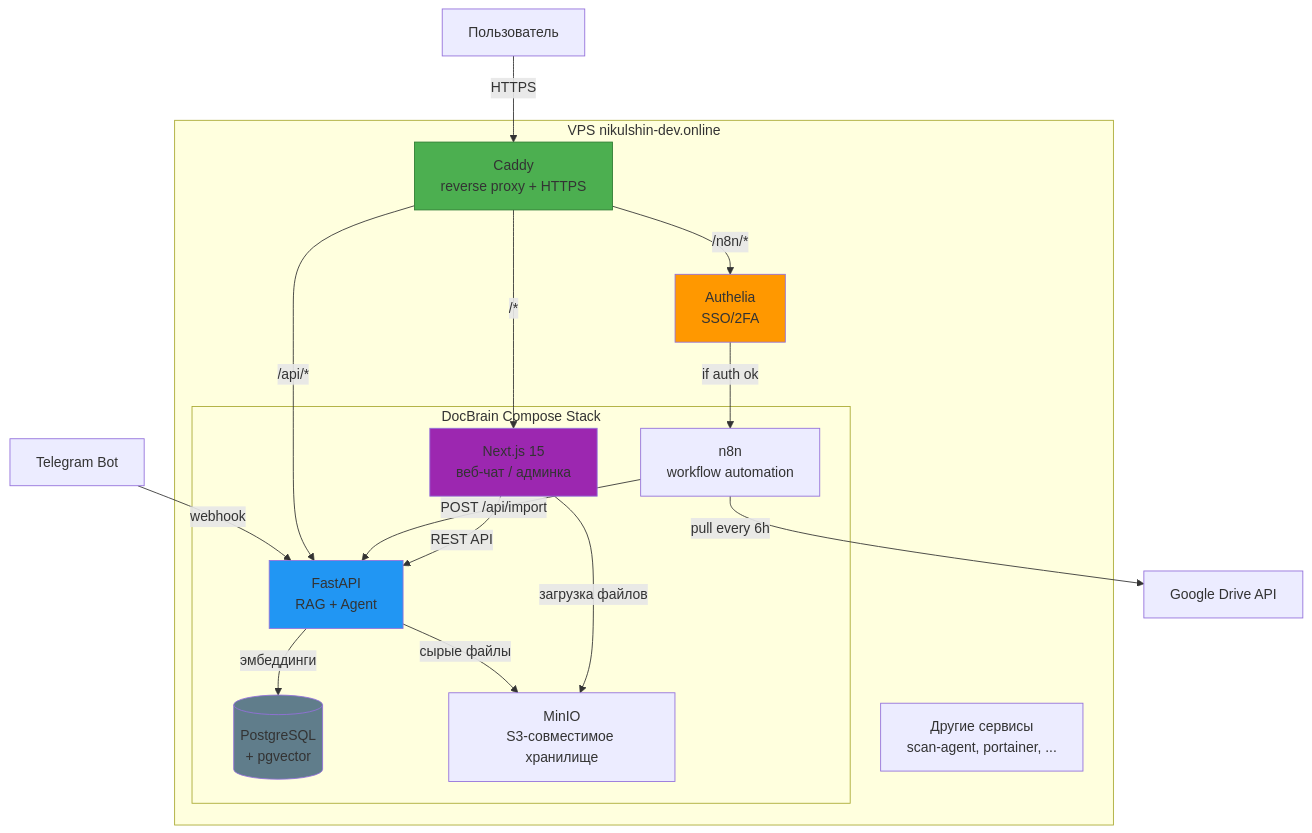
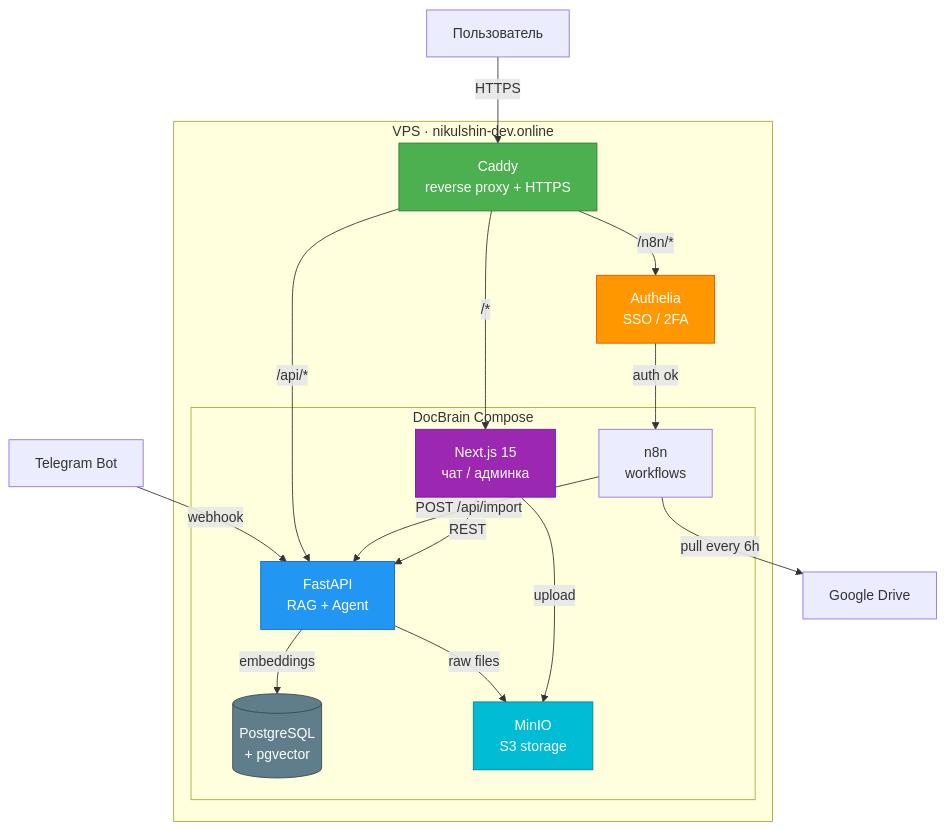
The diagram in README.md (DNikulshin/docbrain), drawn with Mermaid before and after one commit. The commit also changed other lines of this file, not shown here.

````diff
--- a/README.md
+++ b/README.md
@@ -20,37 +52,35 @@
 ```mermaid
 graph TB
-    subgraph VPS [VPS nikulshin-dev.online]
-        Caddy[Caddy<br/>reverse proxy + HTTPS]
-        Authelia[Authelia<br/>SSO/2FA]
+    subgraph VPS ["VPS · nikulshin-dev.online"]
+        Caddy["Caddy<br/>reverse proxy + HTTPS"]
+        Authelia["Authelia<br/>SSO / 2FA"]
 
-        subgraph DocBrain [DocBrain Compose Stack]
-            Backend[FastAPI<br/>RAG + Agent]
-            Web[Next.js 15<br/>веб-чат / админка]
-            N8N[n8n<br/>workflow automation]
-            DB[(PostgreSQL<br/>+ pgvector)]
-            MinIO[MinIO<br/>S3-совместимое хранилище]
+        subgraph Stack ["DocBrain Compose"]
+            Backend["FastAPI<br/>RAG + Agent"]
+            Web["Next.js 15<br/>чат / админка"]
+            N8N["n8n<br/>workflows"]
+            DB[("PostgreSQL<br/>+ pgvector")]
+            MinIO["MinIO<br/>S3 storage"]
         end
-
-        Existing[Другие сервисы<br/>scan-agent, portainer, ...]
     end
 
-    TG[Telegram Bot] -->|webhook| Backend
-    User[Пользователь] -->|HTTPS| Caddy
+    TG["Telegram Bot"] -->|webhook| Backend
+    User["Пользователь"] -->|HTTPS| Caddy
     Caddy -->|/api/*| Backend
     Caddy -->|/*| Web
     Caddy -->|/n8n/*| Authelia
-    Authelia -->|if auth ok| N8N
-    N8N -->|pull every 6h| GDrive[Google Drive API]
+    Authelia -->|auth ok| N8N
+    N8N -->|pull every 6h| GDrive["Google Drive"]
     N8N -->|POST /api/import| Backend
-    Backend -->|эмбеддинги| DB
-    Backend -->|сырые файлы| MinIO
-    Web -->|загрузка файлов| MinIO
-    Web -->|REST API| Backend
+    Backend -->|embeddings| DB
+    Backend -->|raw files| MinIO
+    Web -->|upload| MinIO
+    Web -->|REST| Backend
 
-    style Caddy fill:#4CAF50,stroke:#2E7D32
-    style Authelia fill:#FF9800
-    style Backend fill:#2196F3
-    style Web fill:#9C27B0
-    style DB fill:#607D8B
-
+    style Caddy fill:#4CAF50,stroke:#2E7D32,color:#fff
+    style Authelia fill:#FF9800,stroke:#E65100,color:#fff
+    style Backend fill:#2196F3,stroke:#1565C0,color:#fff
+    style Web fill:#9C27B0,stroke:#6A1B9A,color:#fff
+    style DB fill:#607D8B,stroke:#37474F,color:#fff
+    style MinIO fill:#00BCD4,stroke:#00838F,color:#fff
 ```
````
